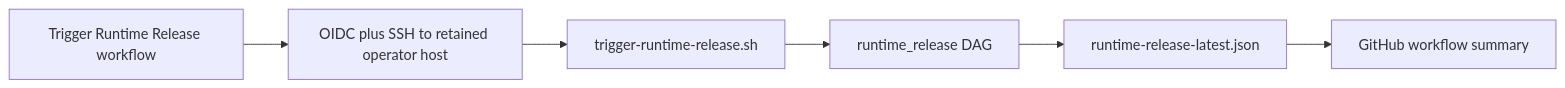
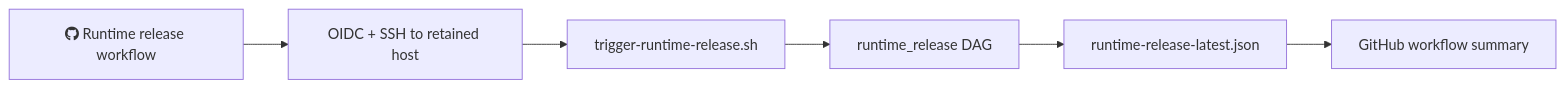
Before and after one commit to javihslu/foehncast: the second of 2 diagrams in docs/site/system/delivery-and-operator-workflow.md, drawn with Mermaid. The commit also changed other lines of this file and 22 other files, not shown here.

Commit message:
docs(site): simplify Mermaid diagrams

```diff
--- a/docs/site/system/delivery-and-operator-workflow.md
+++ b/docs/site/system/delivery-and-operator-workflow.md
@@ -141,11 +132,8 @@
 <div class="mermaid">
 flowchart LR
-    GHW[Trigger Runtime Release workflow]
-    SSH[OIDC plus SSH to retained operator host]
-    SCRIPT[trigger-runtime-release.sh]
-    DAG[runtime_release DAG]
-    REPORT[runtime-release-latest.json]
-    SUMMARY[GitHub workflow summary]
-
-    GHW --> SSH --> SCRIPT --> DAG --> REPORT --> SUMMARY
+    GHW["fab:fa-github Runtime release workflow"] --> SSH["OIDC + SSH to retained host"]
+    SSH --> SCRIPT["trigger-runtime-release.sh"]
+    SCRIPT --> DAG["runtime_release DAG"]
+    DAG --> REPORT["runtime-release-latest.json"]
+    REPORT --> SUMMARY["GitHub workflow summary"]
 </div>
```
